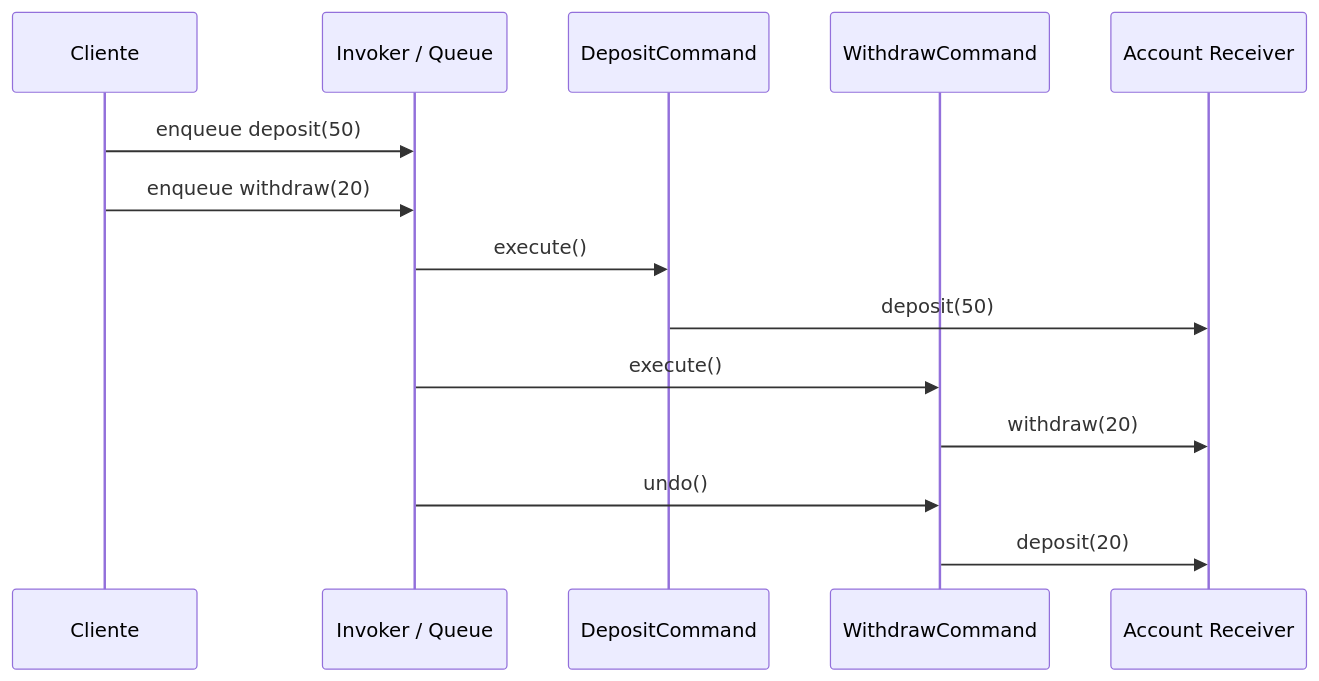
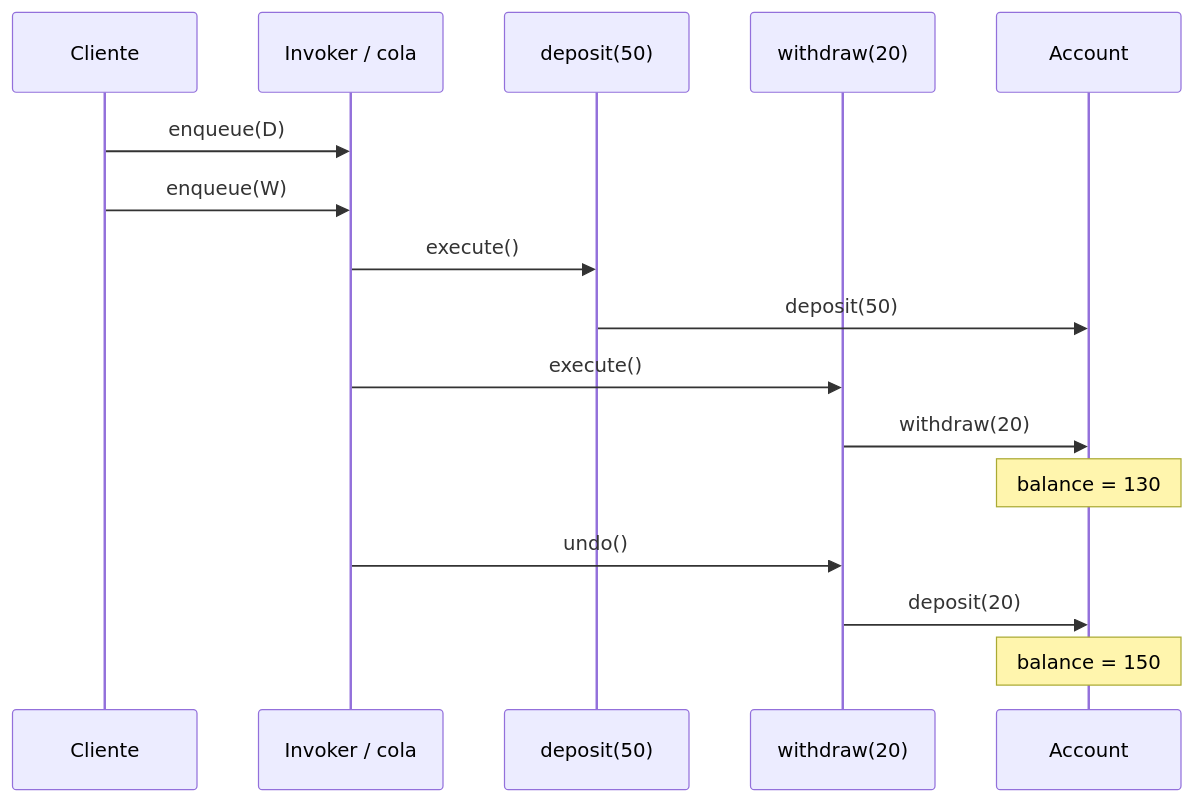
Before and after one commit to ChicoDotNet/Genkidama: the diagram in wiki/Command.md, drawn with Mermaid. The commit also changed other lines of this file, not shown here.

Commit message:
docs(patterns): keep Command verification factual

````diff
--- a/wiki/Command.md
+++ b/wiki/Command.md
@@ -52,16 +56,18 @@
 ```mermaid
 sequenceDiagram
     participant C as Cliente
-    participant I as Invoker / Queue
-    participant D as DepositCommand
-    participant W as WithdrawCommand
-    participant A as Account Receiver
-    C->>I: enqueue deposit(50)
-    C->>I: enqueue withdraw(20)
+    participant I as Invoker / cola
+    participant D as deposit(50)
+    participant W as withdraw(20)
+    participant A as Account
+    C->>I: enqueue(D)
+    C->>I: enqueue(W)
     I->>D: execute()
     D->>A: deposit(50)
     I->>W: execute()
     W->>A: withdraw(20)
+    Note over A: balance = 130
     I->>W: undo()
     W->>A: deposit(20)
+    Note over A: balance = 150
 ```
````
